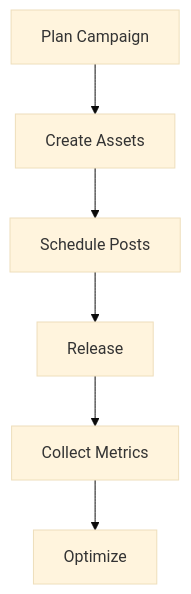
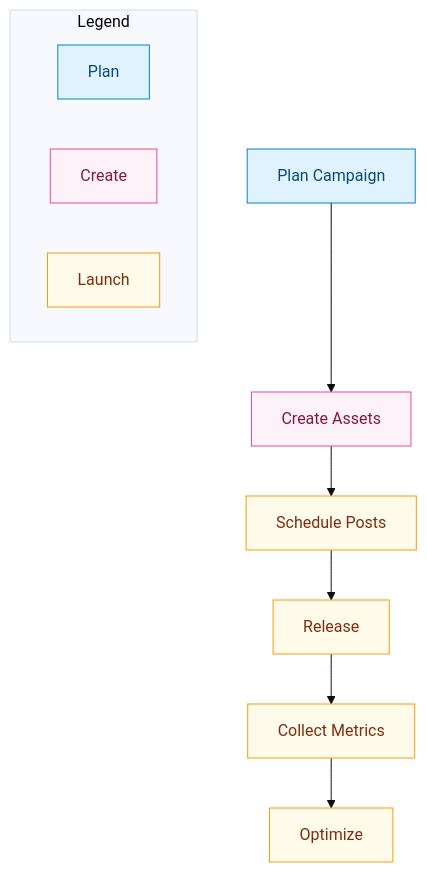
One commit to kpm34/college-football-fantasy-app changed the diagram in docs/diagrams/workflows/launch-campaign.md. Above: the diagram before and after it, drawn with Mermaid (base theme). The commit also changed 20 other files, not shown here.

````diff
--- a/docs/diagrams/workflows/launch-campaign.md
+++ b/docs/diagrams/workflows/launch-campaign.md
@@ -7,8 +7,24 @@
 ```mermaid
 flowchart TD
   PLAN[Plan Campaign] --> ASSETS[Create Assets]
   ASSETS --> SCHEDULE[Schedule Posts]
   SCHEDULE --> RELEASE[Release]
   RELEASE --> METRICS[Collect Metrics]
   METRICS --> OPTIMIZE[Optimize]
+
+  %% Lane colors (Plan/Create/Launch)
+  classDef lanePlan fill:#E0F2FE,stroke:#0284C7,color:#0C4A6E
+  classDef laneCreate fill:#FDF2F8,stroke:#EC4899,color:#831843
+  classDef laneLaunch fill:#FFFBEB,stroke:#F59E0B,color:#7C2D12
+
+  class PLAN lanePlan
+  class ASSETS laneCreate
+  class SCHEDULE,RELEASE,METRICS,OPTIMIZE laneLaunch
+
+  %% Legend
+  subgraph Legend
+    L1[Plan]:::lanePlan
+    L2[Create]:::laneCreate
+    L3[Launch]:::laneLaunch
+  end
 ```
````
